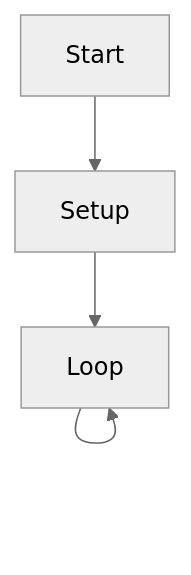
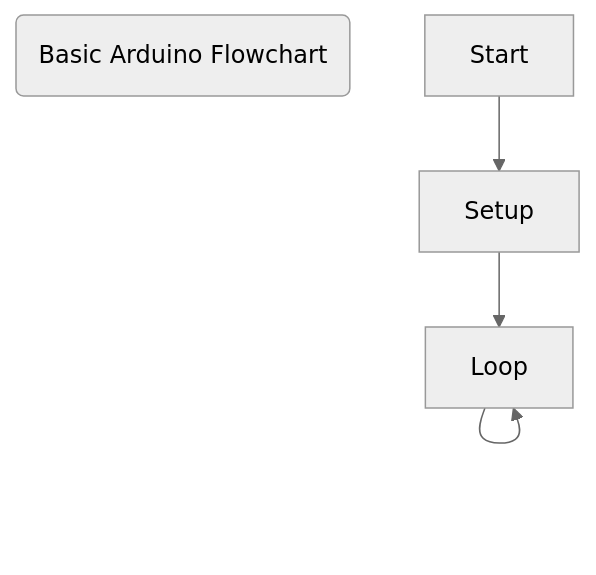
Before and after one commit to fletchjp/StateMachine: the diagram in EmbeddedTemplateLibrary/Example_3_BlinkList/README.md, drawn with Mermaid (neutral theme).

Commit message:
Update README.md
Add title to diagram

````diff
--- a/EmbeddedTemplateLibrary/Example_3_BlinkList/README.md
+++ b/EmbeddedTemplateLibrary/Example_3_BlinkList/README.md
@@ -7,6 +7,7 @@
 ```mermaid
 flowchart TD
+    id1(Basic Arduino Flowchart) 
     Start --> Setup
     Setup --> Loop
     Loop --> Loop
 ```
````
